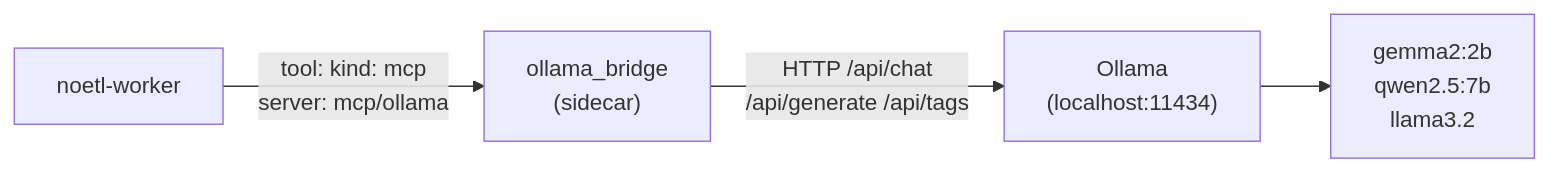
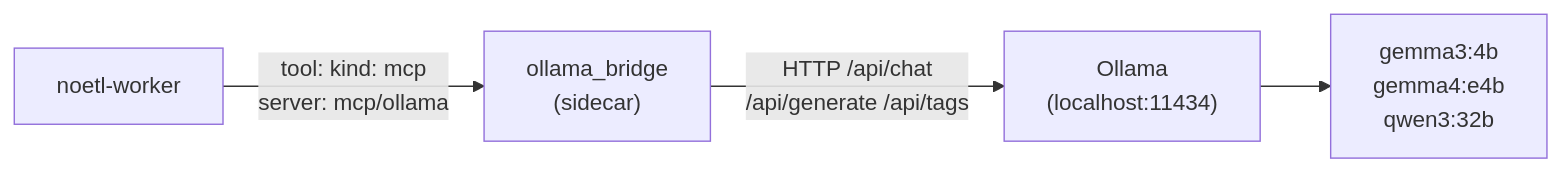
The diagram in docs/operations/ollama_bridge.md (noetl/docs), drawn with Mermaid before and after one commit. The commit also changed other lines of this file and 4 other files, not shown here.

````diff
--- a/docs/operations/ollama_bridge.md
+++ b/docs/operations/ollama_bridge.md
@@ -25,6 +25,6 @@
 ```mermaid
 flowchart LR
   Worker["noetl-worker"] -->|tool: kind: mcp<br/>server: mcp/ollama| Bridge["ollama_bridge<br/>(sidecar)"]
   Bridge -->|HTTP /api/chat<br/>/api/generate /api/tags| Ollama["Ollama<br/>(localhost:11434)"]
-  Ollama --> Models["gemma2:2b<br/>qwen2.5:7b<br/>llama3.2"]
+  Ollama --> Models["gemma3:4b<br/>gemma4:e4b<br/>qwen3:32b"]
 ```
````
